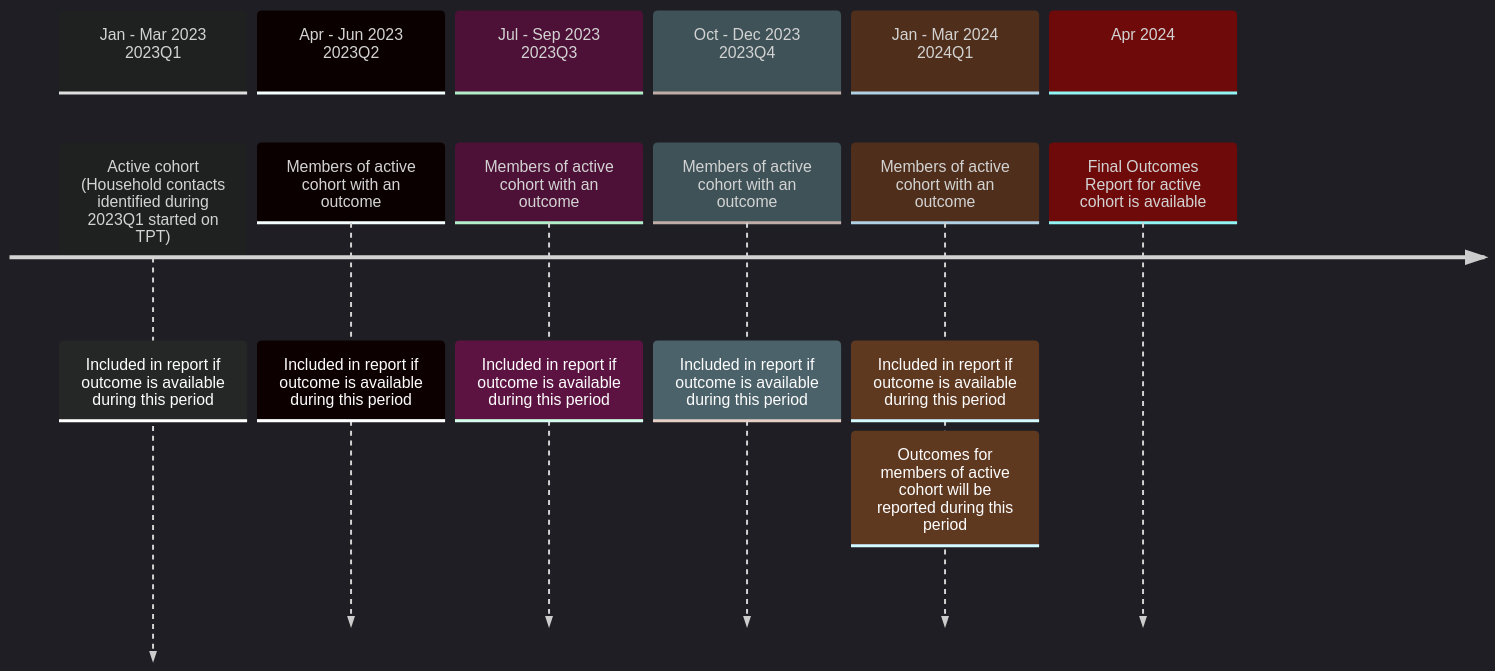
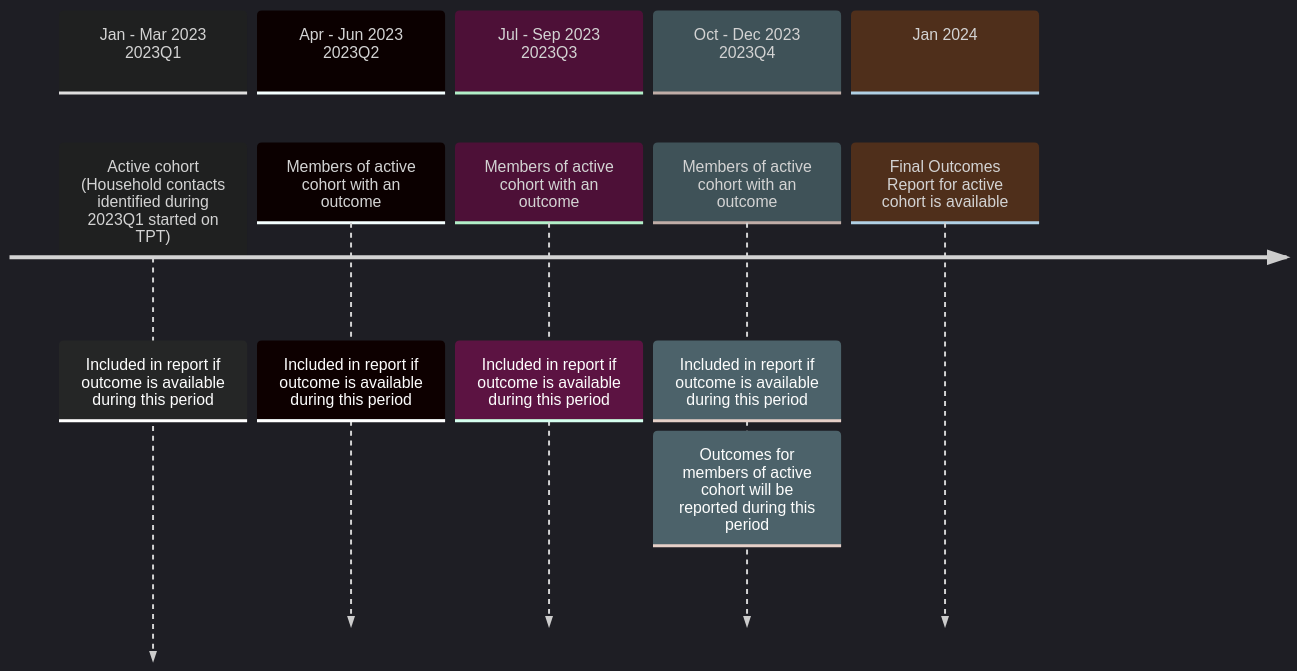
The second of 2 diagrams in docs/tb_hh-design.md (dhis2-metadata/TB_HH), drawn with Mermaid before and after one commit. The commit also changed other lines of this file, not shown here.

````diff
--- a/docs/tb_hh-design.md
+++ b/docs/tb_hh-design.md
@@ -112,18 +115,16 @@
  ```mermaid
 
 %%{init: {'mirrorActors': false, 'theme': 'dark' } }%%
 
 timeline
     section Jan - Mar 2023 <br> 2023Q1
       Active cohort (Household contacts identified during 2023Q1 started on TPT): Included in report if outcome is available during this period
     section Apr - Jun 2023 <br> 2023Q2
       Members of active cohort with an outcome: Included in report if outcome is available during this period
     section Jul - Sep 2023 <br> 2023Q3
       Members of active cohort with an outcome: Included in report if outcome is available during this period
     section Oct - Dec 2023 <br> 2023Q4
-      Members of active cohort with an outcome: Included in report if outcome is available during this period
-    section Jan - Mar 2024 <br> 2024Q1
       Members of active cohort with an outcome: Included in report if outcome is available during this period: Outcomes for members of active cohort will be reported during this period
-    section Apr 2024
+    section Jan 2024
       Final Outcomes Report for active cohort is available
 ```
````
